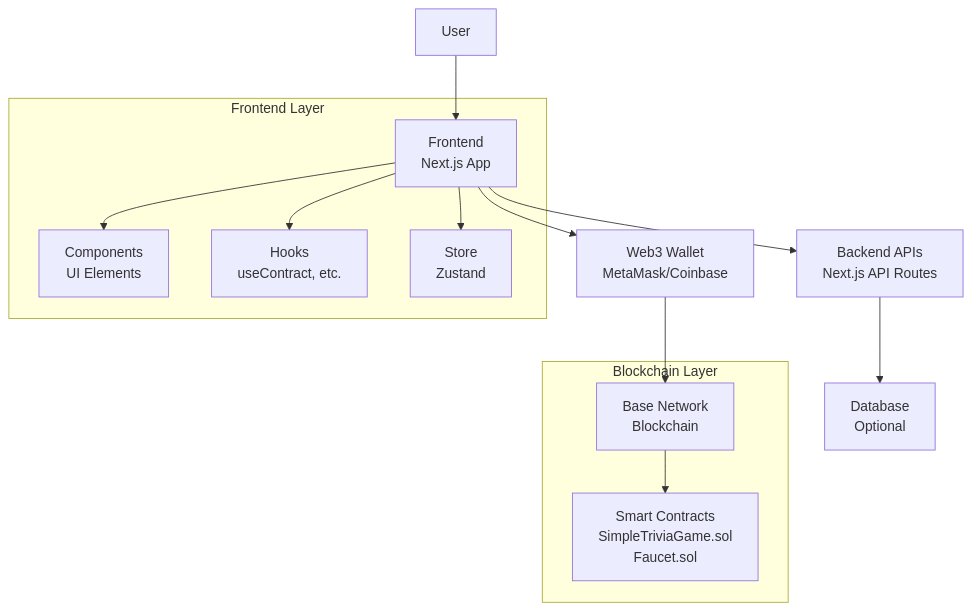
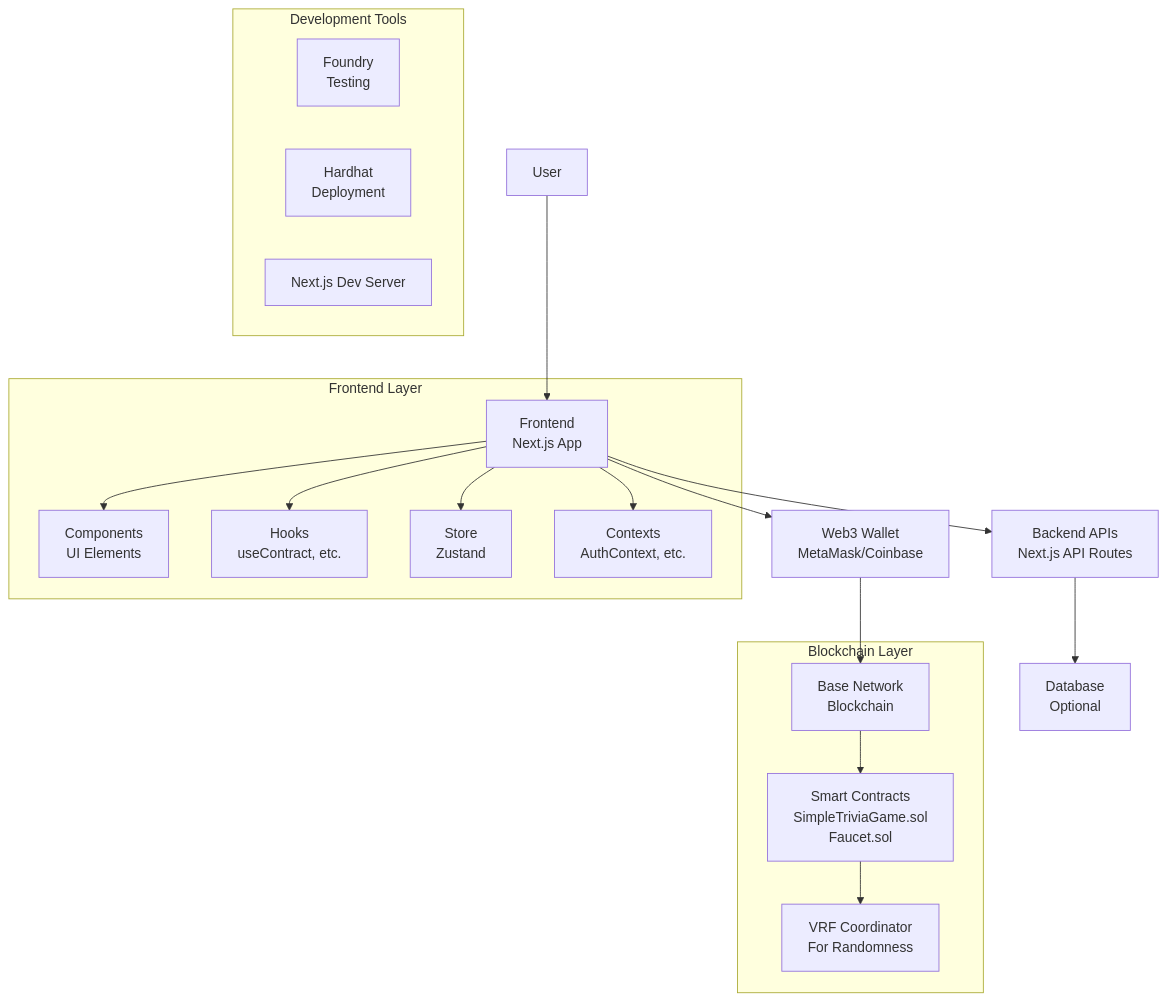
Before and after one commit to sanmipaul/Zali: the first of 5 diagrams in docs/ARCHITECTURE.md, drawn with Mermaid.

Commit message:
Refine system architecture diagram with more details

````diff
--- a/docs/ARCHITECTURE.md
+++ b/docs/ARCHITECTURE.md
@@ -15,25 +15,35 @@
 ```mermaid
 graph TB
     A[User] --> B[Frontend<br/>Next.js App]
     B --> C[Web3 Wallet<br/>MetaMask/Coinbase]
     C --> D[Base Network<br/>Blockchain]
     D --> E[Smart Contracts<br/>SimpleTriviaGame.sol<br/>Faucet.sol]
     B --> F[Backend APIs<br/>Next.js API Routes]
     F --> G[Database<br/>Optional]
     
     subgraph "Frontend Layer"
         B
         H[Components<br/>UI Elements]
         I[Hooks<br/>useContract, etc.]
         J[Store<br/>Zustand]
+        K[Contexts<br/>AuthContext, etc.]
     end
     
     subgraph "Blockchain Layer"
         D
         E
+        L[VRF Coordinator<br/>For Randomness]
+    end
+    
+    subgraph "Development Tools"
+        M[Foundry<br/>Testing]
+        N[Hardhat<br/>Deployment]
+        O[Next.js Dev Server]
     end
     
     B --> H
     B --> I
     B --> J
+    B --> K
+    E --> L
 ```
````
